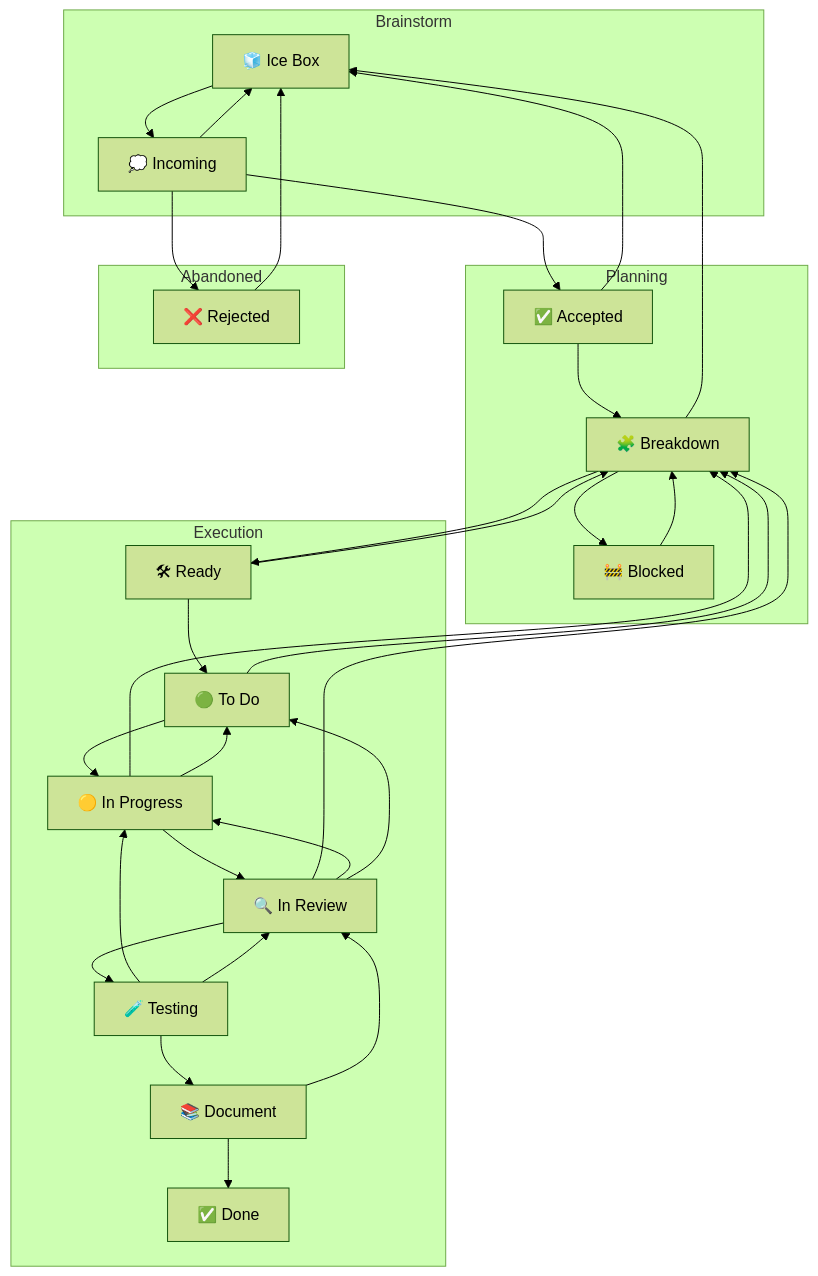
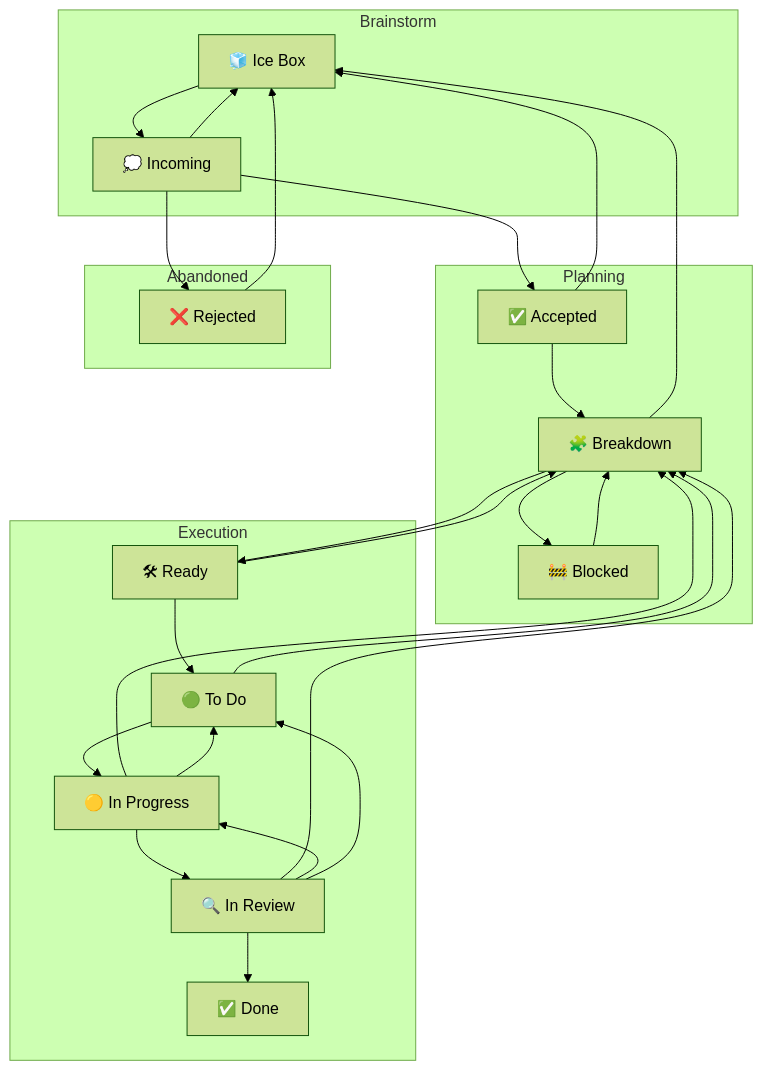
The diagram in PROCESS.md (octave-commons/Truth), drawn with Mermaid (forest theme) before and after one commit. The commit also changed other lines of this file and 44 other files, not shown here.

````diff
--- a/PROCESS.md
+++ b/PROCESS.md
@@ -60,68 +60,61 @@
 ```mermaid
 flowchart TD
 
   %% ====== Lanes ======
   subgraph Brainstorm
     IceBox["🧊 Ice Box"]
     Incoming["💭 Incoming"]
   end
 
   subgraph Planning
     Accepted["✅ Accepted"]
     Breakdown["🧩 Breakdown"]
     Blocked["🚧 Blocked"]
   end
 
   subgraph Execution
     Ready["🛠 Ready"]
     Todo["🟢 To Do"]
     InProgress["🟡 In Progress"]
-    Testing["🧪 Testing"]
     InReview["🔍 In Review"]
-    Document["📚 Document"]
     Done["✅ Done"]
   end
 
   subgraph Abandoned
     Rejected["❌ Rejected"]
   end
 
   %% ====== Forward flow ======
   IceBox --> Incoming
   Incoming --> Accepted
   Incoming --> Rejected
   Incoming --> IceBox
   Accepted --> Breakdown
   Breakdown --> Ready
   Ready --> Todo
   Todo --> InProgress
   InProgress --> InReview
-  InReview --> Testing
-  Testing --> Document
-  Document --> Done
+  InReview --> Done
 
   %% ====== Cycles back to Planning / queue ======
   Ready --> Breakdown
   Todo --> Breakdown
   InProgress --> Breakdown
   InReview --> Breakdown
-  Testing --> InProgress
 
   %% ====== Session-end, no-PR handoff ======
   InProgress --> Todo
-  Document --> InReview
 
   %% ====== Review crossroads (re-open work) ======
   InReview --> InProgress
   InReview --> Todo
-  Testing --> InReview
 
   %% ====== Defer / archive loops ======
   Accepted --> IceBox
   Breakdown --> IceBox
   Rejected --> IceBox
 
   %% ====== Blocked (narrow, explicit dependency) ======
   Breakdown --> Blocked
   Blocked --> Breakdown
 ```
````
